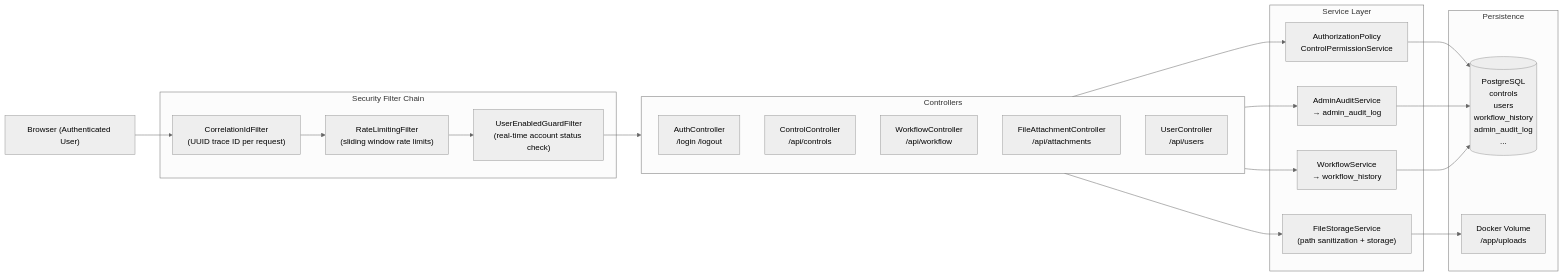
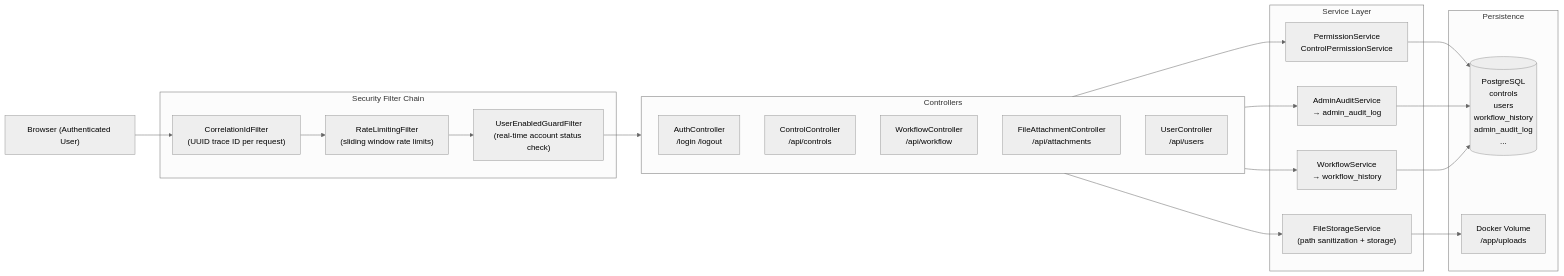
The second of 2 diagrams in docs/sar/02_INFRA_LOGGING_ENCRYPTION.md (sseytbekov14/QTracker), drawn with Mermaid (neutral theme) before and after one commit. The commit also changed 5 other files, not shown here.

````diff
--- a/docs/sar/02_INFRA_LOGGING_ENCRYPTION.md
+++ b/docs/sar/02_INFRA_LOGGING_ENCRYPTION.md
@@ -237,36 +237,36 @@
 ```mermaid
 flowchart LR
     BROWSER["Browser (Authenticated User)"]
 
     subgraph SECURITY["Security Filter Chain"]
         CORR["CorrelationIdFilter\n(UUID trace ID per request)"]
         RATE["RateLimitingFilter\n(sliding window rate limits)"]
         GUARD["UserEnabledGuardFilter\n(real-time account status check)"]
     end
 
     subgraph CONTROLLERS["Controllers"]
         AUTH["AuthController\n/login  /logout"]
         CTRL["ControlController\n/api/controls"]
         WF["WorkflowController\n/api/workflow"]
         FILE["FileAttachmentController\n/api/attachments"]
         USR["UserController\n/api/users"]
     end
 
     subgraph SERVICES["Service Layer"]
-        AUTHZ["AuthorizationPolicy\nControlPermissionService"]
+        AUTHZ["PermissionService\nControlPermissionService"]
         AUDIT["AdminAuditService\n→ admin_audit_log"]
         FSVC["FileStorageService\n(path sanitization + storage)"]
         WFSVC["WorkflowService\n→ workflow_history"]
     end
 
     subgraph PERSISTENCE["Persistence"]
         PG[("PostgreSQL\ncontrols\nusers\nworkflow_history\nadmin_audit_log\n...")]
         VOL["Docker Volume\n/app/uploads"]
     end
 
     BROWSER --> CORR --> RATE --> GUARD --> CONTROLLERS
     CONTROLLERS --> AUTHZ --> PG
     CONTROLLERS --> AUDIT --> PG
     CONTROLLERS --> FSVC --> VOL
     CONTROLLERS --> WFSVC --> PG
 ```
````
